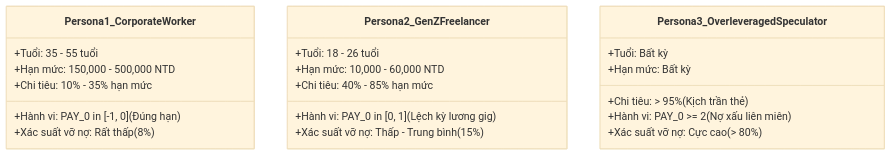
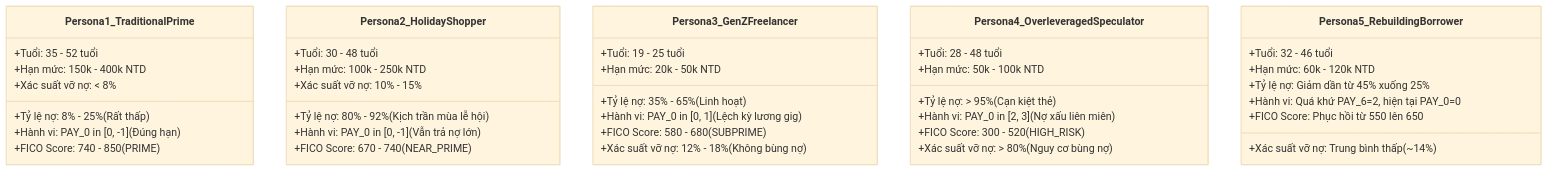
One commit to tungpheo11/DDM501_Group5 changed the third of 5 diagrams in FinalProject/README.md. Above: the diagram before and after it, drawn with Mermaid (base theme). The commit also changed other lines of this file and 10 other files, not shown here.

````diff
--- a/FinalProject/README.md
+++ b/FinalProject/README.md
@@ -93,24 +95,43 @@
 ```mermaid
 classDiagram
-    class Persona1_CorporateWorker {
-        +Tuổi: 35 - 55 tuổi
-        +Hạn mức: 150,000 - 500,000 NTD
-        +Chi tiêu: 10% - 35% hạn mức
-        +Hành vi: PAY_0 in [-1, 0] (Đúng hạn)
-        +Xác suất vỡ nợ: Rất thấp (8%)
+    class Persona1_TraditionalPrime {
+        +Tuổi: 35 - 52 tuổi
+        +Hạn mức: 150k - 400k NTD
+        +Tỷ lệ nợ: 8% - 25% (Rất thấp)
+        +Hành vi: PAY_0 in [0, -1] (Đúng hạn)
+        +FICO Score: 740 - 850 (PRIME)
+        +Xác suất vỡ nợ: < 8%
     }
-    class Persona2_GenZFreelancer {
-        +Tuổi: 18 - 26 tuổi
-        +Hạn mức: 10,000 - 60,000 NTD
-        +Chi tiêu: 40% - 85% hạn mức
+    class Persona2_HolidayShopper {
+        +Tuổi: 30 - 48 tuổi
+        +Hạn mức: 100k - 250k NTD
+        +Tỷ lệ nợ: 80% - 92% (Kịch trần mùa lễ hội)
+        +Hành vi: PAY_0 in [0, -1] (Vẫn trả nợ lớn)
+        +FICO Score: 670 - 740 (NEAR_PRIME)
+        +Xác suất vỡ nợ: 10% - 15%
+    }
+    class Persona3_GenZFreelancer {
+        +Tuổi: 19 - 25 tuổi
+        +Hạn mức: 20k - 50k NTD
+        +Tỷ lệ nợ: 35% - 65% (Linh hoạt)
         +Hành vi: PAY_0 in [0, 1] (Lệch kỳ lương gig)
-        +Xác suất vỡ nợ: Thấp - Trung bình (15%)
+        +FICO Score: 580 - 680 (SUBPRIME)
+        +Xác suất vỡ nợ: 12% - 18% (Không bùng nợ)
     }
-    class Persona3_OverleveragedSpeculator {
-        +Tuổi: Bất kỳ
-        +Hạn mức: Bất kỳ
-        +Chi tiêu: > 95% (Kịch trần thẻ)
-        +Hành vi: PAY_0 >= 2 (Nợ xấu liên miên)
-        +Xác suất vỡ nợ: Cực cao (> 80%)
+    class Persona4_OverleveragedSpeculator {
+        +Tuổi: 28 - 48 tuổi
+        +Hạn mức: 50k - 100k NTD
+        +Tỷ lệ nợ: > 95% (Cạn kiệt thẻ)
+        +Hành vi: PAY_0 in [2, 3] (Nợ xấu liên miên)
+        +FICO Score: 300 - 520 (HIGH_RISK)
+        +Xác suất vỡ nợ: > 80% (Nguy cơ bùng nợ)
+    }
+    class Persona5_RebuildingBorrower {
+        +Tuổi: 32 - 46 tuổi
+        +Hạn mức: 60k - 120k NTD
+        +Tỷ lệ nợ: Giảm dần từ 45% xuống 25%
+        +Hành vi: Quá khứ PAY_6=2, hiện tại PAY_0=0
+        +FICO Score: Phục hồi từ 550 lên 650
+        +Xác suất vỡ nợ: Trung bình thấp (~14%)
     }
 ```
````
